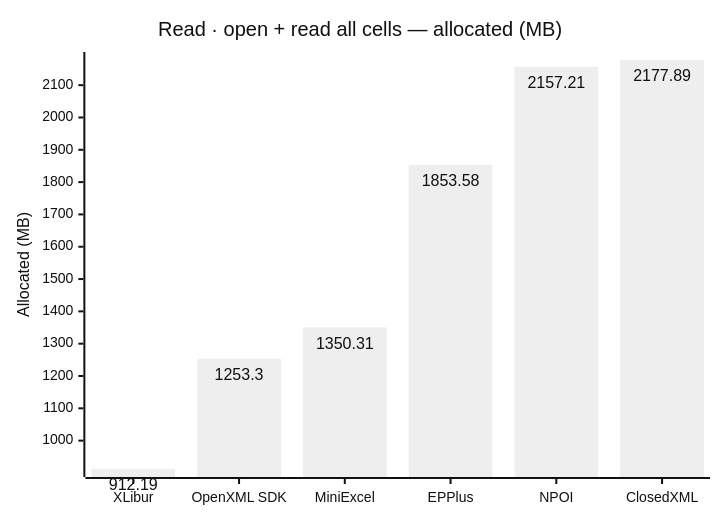
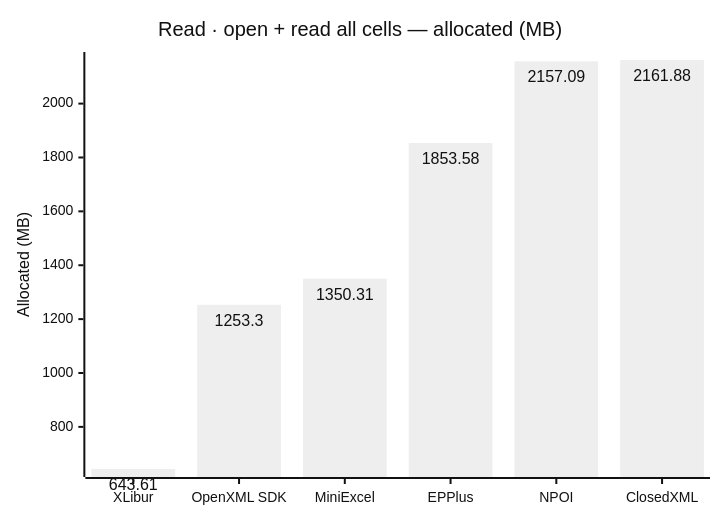
One commit to jafin/XLBench changed the fourth of 6 diagrams in docs/results.md. Above: the diagram before and after it, drawn with Mermaid (neutral theme). The commit also changed other lines of this file and 1 other file, not shown here.

````diff
--- a/docs/results.md
+++ b/docs/results.md
@@ -73,12 +73,12 @@
 ```mermaid
 ---
 config:
   xyChart:
     showDataLabel: true
 ---
 xychart-beta
     title "Read · open + read all cells — allocated (MB)"
     x-axis ["XLibur", "OpenXML SDK", "MiniExcel", "EPPlus", "NPOI", "ClosedXML"]
     y-axis "Allocated (MB)"
-    bar [912.19, 1253.3, 1350.31, 1853.58, 2157.21, 2177.89]
+    bar [643.61, 1253.3, 1350.31, 1853.58, 2157.09, 2161.88]
 ```
````
